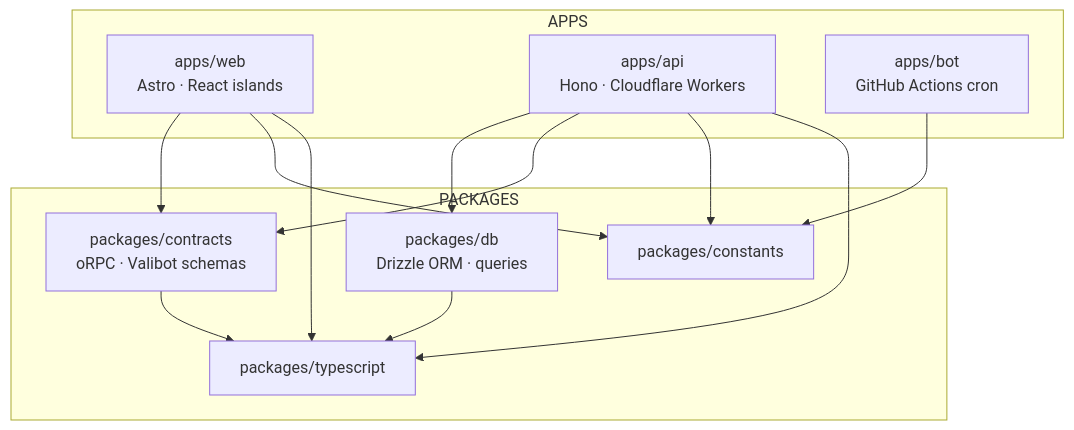
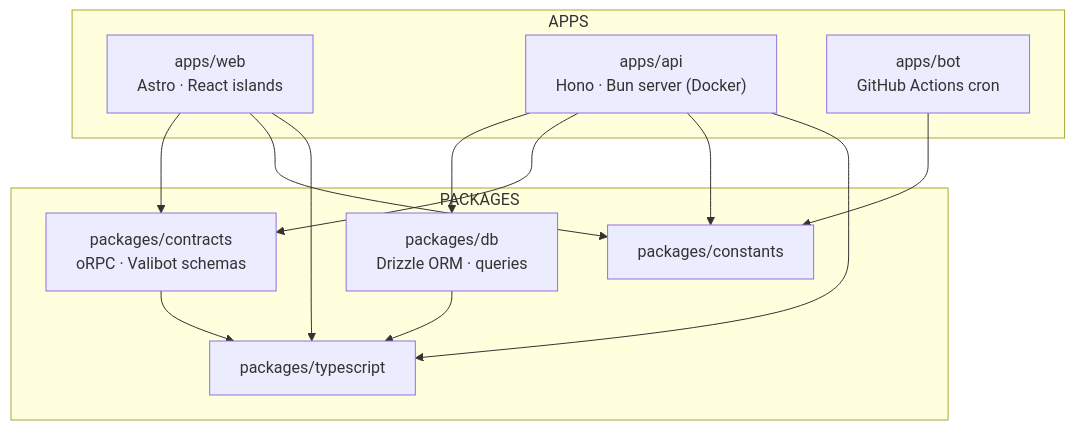
Before and after one commit to Klomgor/qafiyah: the first of 2 diagrams in README.md, drawn with Mermaid. The commit also changed other lines of this file and 2 other files, not shown here.

Commit message:
docs: describe Bun/Docker API deploy, drop Cloudflare

````diff
--- a/README.md
+++ b/README.md
@@ -162,19 +162,19 @@
 ```mermaid
 graph TD
   subgraph APPS
     WEB["apps/web\nAstro · React islands"]
-    API["apps/api\nHono · Cloudflare Workers"]
+    API["apps/api\nHono · Bun server (Docker)"]
     BOT["apps/bot\nGitHub Actions cron"]
   end
   subgraph PACKAGES
     DB["packages/db\nDrizzle ORM · queries"]
     CONTRACTS["packages/contracts\noRPC · Valibot schemas"]
     CONSTANTS["packages/constants"]
     TS["packages/typescript"]
   end
   WEB --> CONTRACTS & CONSTANTS & TS
   API --> DB & CONTRACTS & CONSTANTS & TS
   BOT --> CONSTANTS
   DB --> TS
   CONTRACTS --> TS
 ```
````
